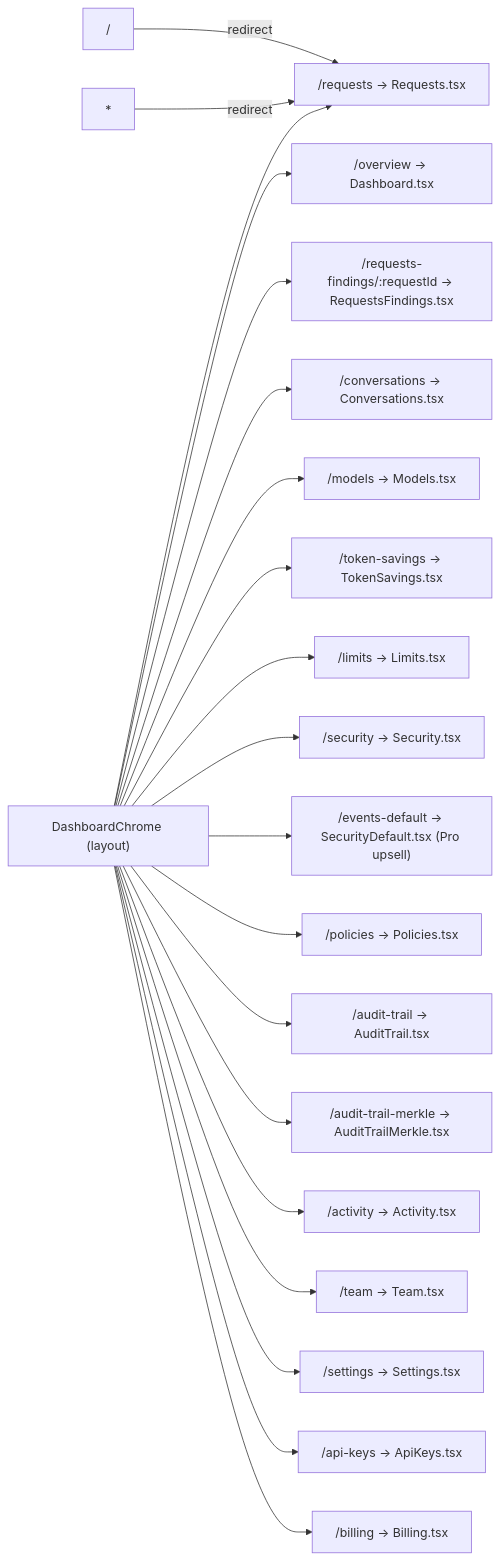
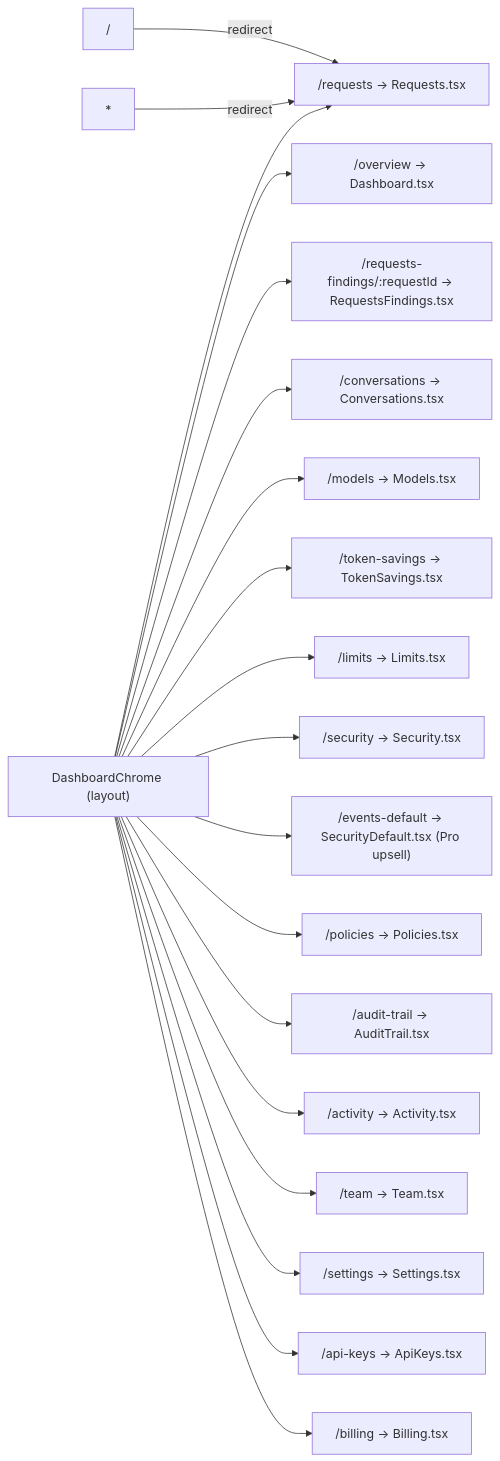
One commit to Neoneue/gate-ai-build changed the first of 4 diagrams in data-model.md. Above: the diagram before and after it, drawn with Mermaid. The commit also changed other lines of this file and 9 other files, not shown here.

First line of the commit message:
refactor: remove dead Merkle audit variant and extract Policies config

````diff
--- a/data-model.md
+++ b/data-model.md
@@ -31,25 +31,24 @@
 ```mermaid
 graph LR
     ROOT["/"] -->|redirect| REQ["/requests"]
     WILD["*"] -->|redirect| REQ
 
     LAYOUT["DashboardChrome (layout)"]
 
     LAYOUT --> OV["/overview → Dashboard.tsx"]
     LAYOUT --> REQ["/requests → Requests.tsx"]
     LAYOUT --> REQF["/requests-findings/:requestId → RequestsFindings.tsx"]
     LAYOUT --> CONV["/conversations → Conversations.tsx"]
     LAYOUT --> MOD["/models → Models.tsx"]
     LAYOUT --> TOK["/token-savings → TokenSavings.tsx"]
     LAYOUT --> LIM["/limits → Limits.tsx"]
     LAYOUT --> SEC["/security → Security.tsx"]
     LAYOUT --> SECDEF["/events-default → SecurityDefault.tsx (Pro upsell)"]
     LAYOUT --> POL["/policies → Policies.tsx"]
     LAYOUT --> AUD["/audit-trail → AuditTrail.tsx"]
-  LAYOUT --> AUDM["/audit-trail-merkle → AuditTrailMerkle.tsx"]
     LAYOUT --> ACT["/activity → Activity.tsx"]
     LAYOUT --> TEAM["/team → Team.tsx"]
     LAYOUT --> SET["/settings → Settings.tsx"]
     LAYOUT --> KEYS["/api-keys → ApiKeys.tsx"]
     LAYOUT --> BILL["/billing → Billing.tsx"]
 ```
````
